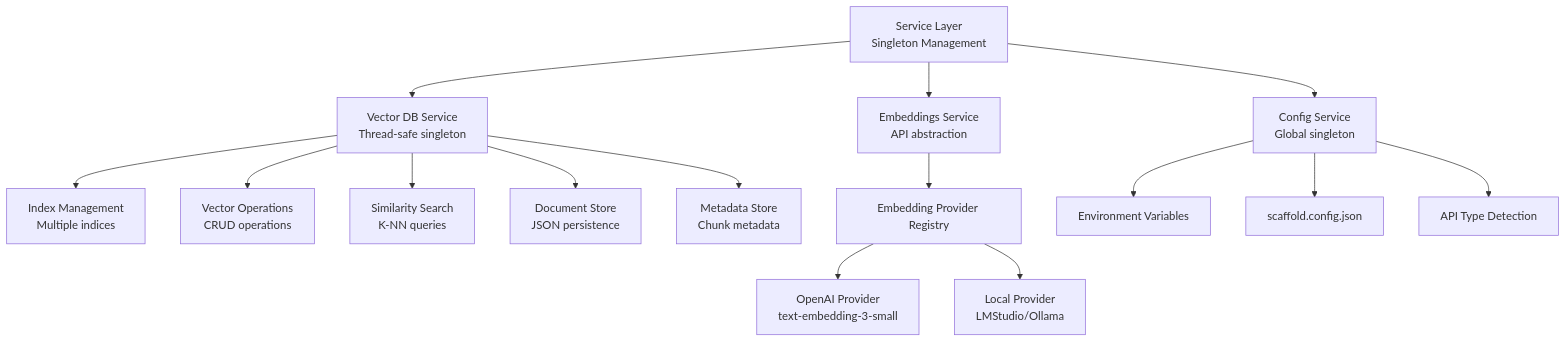
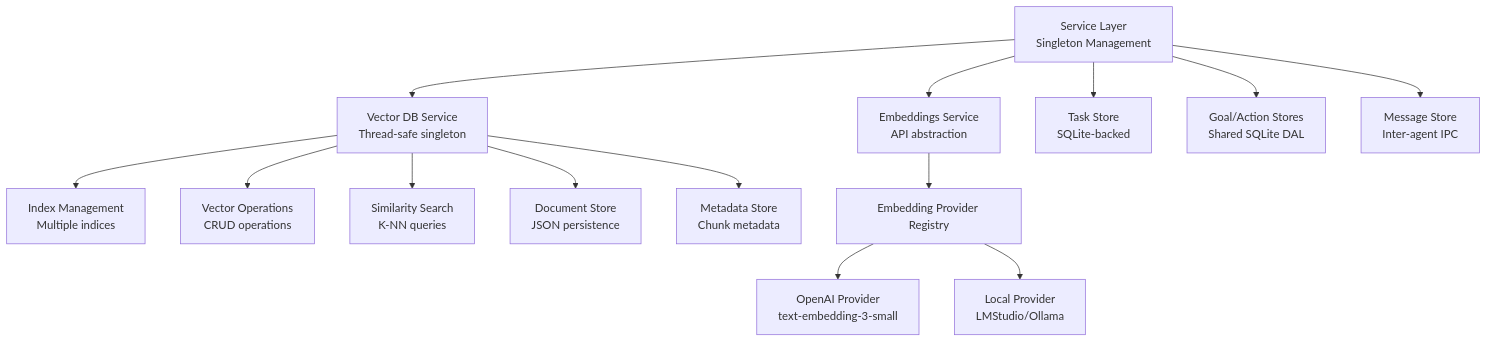
The fifth of 20 diagrams in ARCHITECTURE.md (tgittos/scaffold), drawn with Mermaid before and after one commit. The commit also changed other lines of this file and 19 other files, not shown here.

````diff
--- a/ARCHITECTURE.md
+++ b/ARCHITECTURE.md
@@ -270,20 +270,18 @@
 ```mermaid
 graph TB
     Services[Service Layer<br/>Singleton Management] --> VectorDBSvc[Vector DB Service<br/>Thread-safe singleton]
     Services --> EmbeddingsSvc[Embeddings Service<br/>API abstraction]
-    Services --> ConfigSvc[Config Service<br/>Global singleton]
+    Services --> TaskStoreSvc[Task Store<br/>SQLite-backed]
+    Services --> GoalActionSvc[Goal/Action Stores<br/>Shared SQLite DAL]
+    Services --> MessageStoreSvc[Message Store<br/>Inter-agent IPC]
 
     VectorDBSvc --> IndexMgmt[Index Management<br/>Multiple indices]
     VectorDBSvc --> VectorOps[Vector Operations<br/>CRUD operations]
     VectorDBSvc --> Search[Similarity Search<br/>K-NN queries]
     VectorDBSvc --> DocStore[Document Store<br/>JSON persistence]
     VectorDBSvc --> MetaStore[Metadata Store<br/>Chunk metadata]
 
     EmbeddingsSvc --> EmbedRegistry[Embedding Provider Registry]
     EmbedRegistry --> OpenAIEmbed[OpenAI Provider<br/>text-embedding-3-small]
     EmbedRegistry --> LocalEmbed[Local Provider<br/>LMStudio/Ollama]
-
-    ConfigSvc --> EnvVars[Environment Variables]
-    ConfigSvc --> ConfigFile[scaffold.config.json]
-    ConfigSvc --> APIDetection[API Type Detection]
 ```
````
